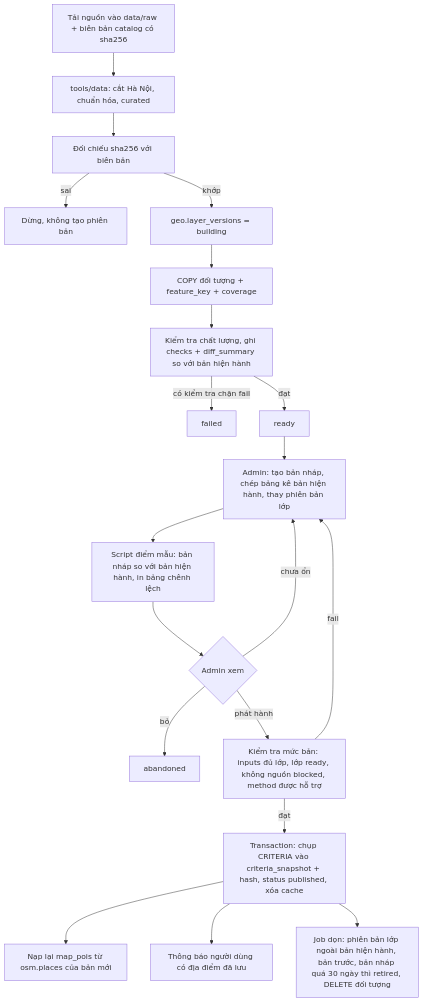
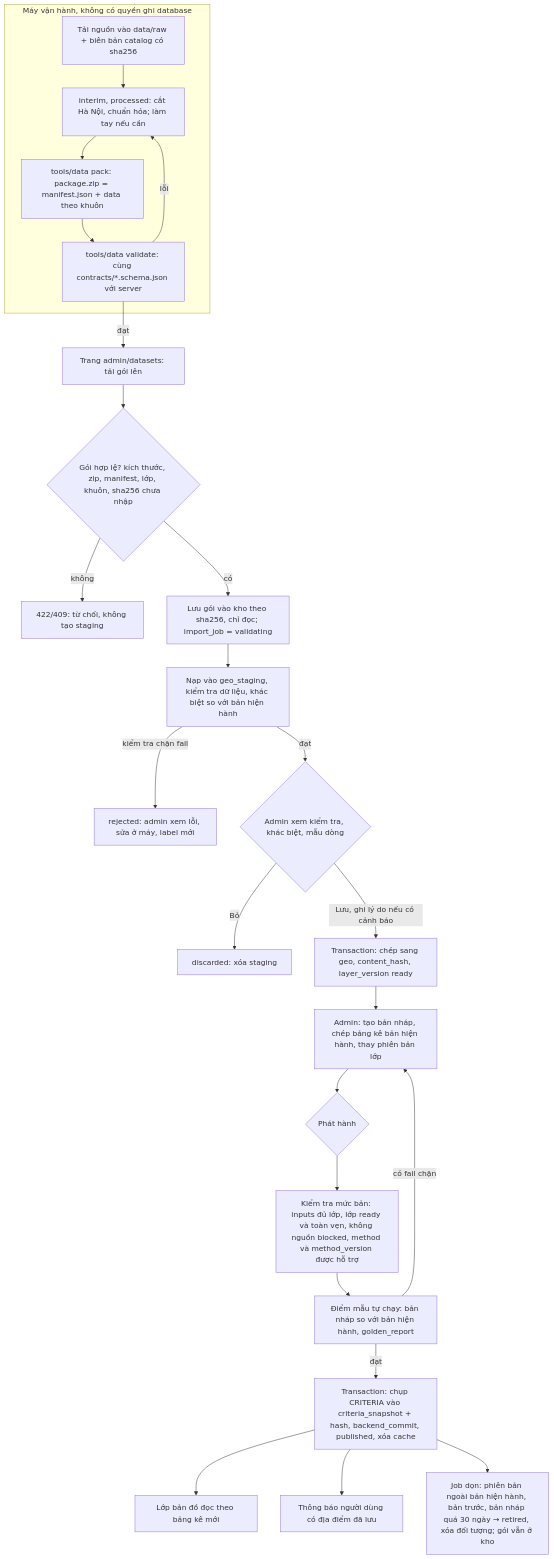
Before and after one commit to LoDtus/location-insight: the diagram in workspace/features/018-location-data/diagrams/flow-data-release.mmd, drawn with Mermaid. The commit also changed 18 other files, not shown here.

First line of the commit message:
docs(018-location-data): một đường ghi qua gói chuẩn tải lên /admin/datasets, kho gói theo phiên bản, bổ sung tiêu chí và chấm điểm

```diff
--- a/workspace/features/018-location-data/diagrams/flow-data-release.mmd
+++ b/workspace/features/018-location-data/diagrams/flow-data-release.mmd
@@ -1,21 +1,26 @@
-%% Từ nguồn mới tới bản phát hành hiện hành (GĐ1–2).
+%% Từ nguồn mới tới bản phát hành hiện hành (GĐ1–2). Một đường ghi duy nhất: research.md Bản ghi 12.
 flowchart TD
-  A[Tải nguồn vào data/raw + biên bản catalog có sha256] --> B[tools/data: cắt Hà Nội, chuẩn hóa, curated]
-  B --> C[Đối chiếu sha256 với biên bản]
-  C -->|sai| X1[Dừng, không tạo phiên bản]
-  C -->|khớp| D[geo.layer_versions = building]
-  D --> E[COPY đối tượng + feature_key + coverage]
-  E --> F[Kiểm tra chất lượng, ghi checks + diff_summary so với bản hiện hành]
-  F -->|có kiểm tra chặn fail| X2[failed]
-  F -->|đạt| G[ready]
-  G --> H[Admin: tạo bản nháp, chép bảng kê bản hiện hành, thay phiên bản lớp]
-  H --> I[Script điểm mẫu: bản nháp so với bản hiện hành, in bảng chênh lệch]
-  I --> J{Admin xem}
-  J -->|chưa ổn| H
-  J -->|bỏ| Z[abandoned]
-  J -->|phát hành| K[Kiểm tra mức bản: inputs đủ lớp, lớp ready, không nguồn blocked, method được hỗ trợ]
-  K -->|fail| H
-  K -->|đạt| L[Transaction: chụp CRITERIA vào criteria_snapshot + hash, status published, xóa cache]
-  L --> M[Nạp lại map_pois từ osm.places của bản mới]
-  L --> N[Thông báo người dùng có địa điểm đã lưu]
-  L --> O[Job dọn: phiên bản lớp ngoài bản hiện hành, bản trước, bản nháp quá 30 ngày thì retired, DELETE đối tượng]
+  subgraph May["Máy vận hành, không có quyền ghi database"]
+    A[Tải nguồn vào data/raw + biên bản catalog có sha256] --> B[interim, processed: cắt Hà Nội, chuẩn hóa; làm tay nếu cần]
+    B --> C[tools/data pack: package.zip = manifest.json + data theo khuôn]
+    C --> C2[tools/data validate: cùng contracts/*.schema.json với server]
+    C2 -->|lỗi| B
+  end
+  C2 -->|đạt| D["Trang admin/datasets: tải gói lên"]
+  D --> E{Gói hợp lệ? kích thước, zip, manifest, lớp, khuôn, sha256 chưa nhập}
+  E -->|không| X1[422/409: từ chối, không tạo staging]
+  E -->|có| F[Lưu gói vào kho theo sha256, chỉ đọc; import_job = validating]
+  F --> G[Nạp vào geo_staging, kiểm tra dữ liệu, khác biệt so với bản hiện hành]
+  G -->|kiểm tra chặn fail| X2[rejected: admin xem lỗi, sửa ở máy, label mới]
+  G -->|đạt| H{Admin xem kiểm tra, khác biệt, mẫu dòng}
+  H -->|Bỏ| Z1[discarded: xóa staging]
+  H -->|Lưu, ghi lý do nếu có cảnh báo| I[Transaction: chép sang geo, content_hash, layer_version ready]
+  I --> J[Admin: tạo bản nháp, chép bảng kê bản hiện hành, thay phiên bản lớp]
+  J --> K{Phát hành}
+  K --> L[Kiểm tra mức bản: inputs đủ lớp, lớp ready và toàn vẹn, không nguồn blocked, method và method_version được hỗ trợ]
+  L --> M[Điểm mẫu tự chạy: bản nháp so với bản hiện hành, golden_report]
+  M -->|có fail chặn| J
+  M -->|đạt| N[Transaction: chụp CRITERIA vào criteria_snapshot + hash, backend_commit, published, xóa cache]
+  N --> O[Lớp bản đồ đọc theo bảng kê mới]
+  N --> P[Thông báo người dùng có địa điểm đã lưu]
+  N --> Q[Job dọn: phiên bản ngoài bản hiện hành, bản trước, bản nháp quá 30 ngày → retired, xóa đối tượng; gói vẫn ở kho]
```
